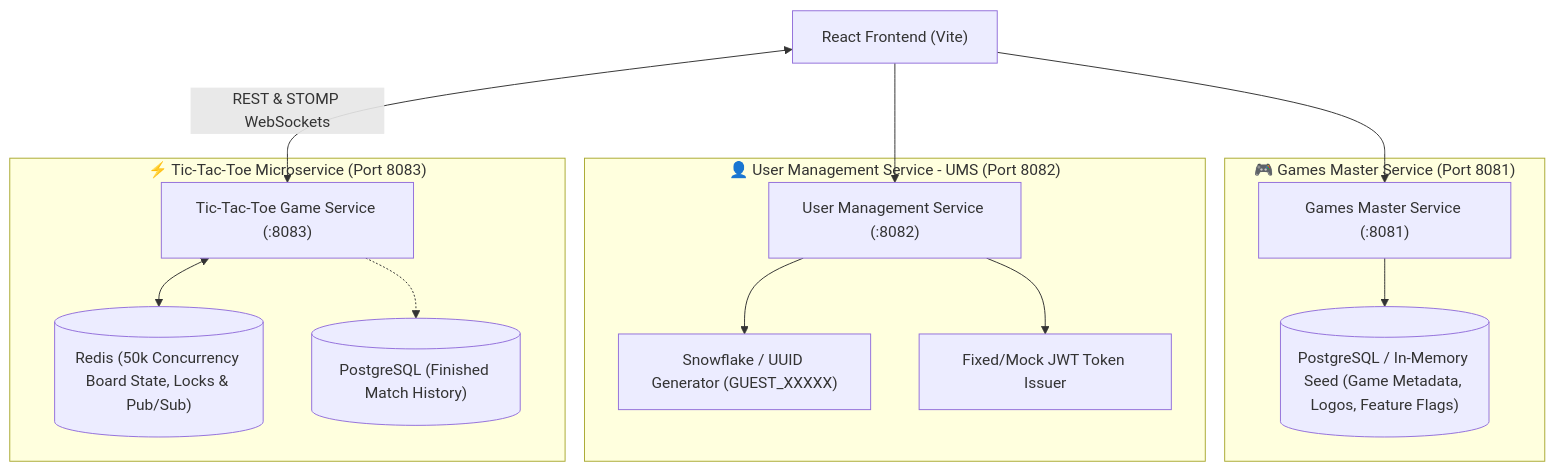
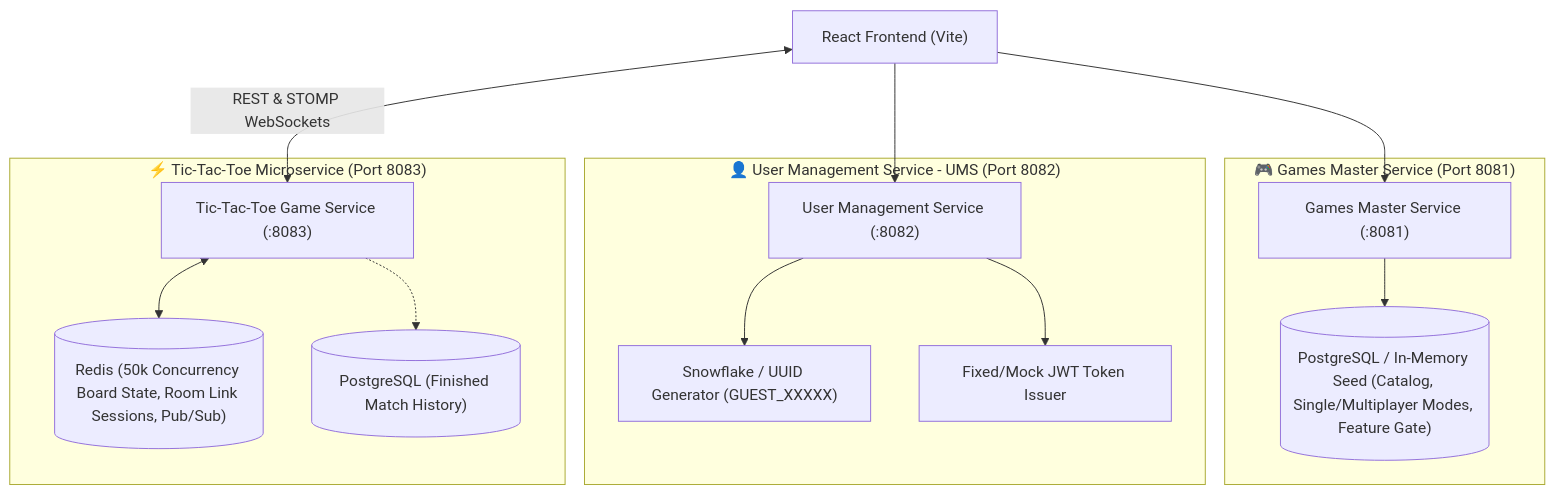
Before and after one commit to bipulkumar64767/officewallahgames: the diagram in rough-discussion/discussion-game-01.md, drawn with Mermaid. The commit also changed other lines of this file and 2 other files, not shown here.

Commit message:
docs(prds): update games catalog with single/multiplayer mode cards and add full room creation + shareable link spec to tictactoe PRD

````diff
--- a/rough-discussion/discussion-game-01.md
+++ b/rough-discussion/discussion-game-01.md
@@ -10,20 +10,20 @@
 ```mermaid
 flowchart TD
     Client["React Frontend (Vite)"] --> MasterAPI["Games Master Service (:8081)"]
     Client --> UMSAPI["User Management Service (:8082)"]
     Client <-->|"REST & STOMP WebSockets"| TicTacToeAPI["Tic-Tac-Toe Game Service (:8083)"]
 
     subgraph MasterService["🎮 Games Master Service (Port 8081)"]
-        MasterAPI --> MasterDB[("PostgreSQL / In-Memory Seed (Game Metadata, Logos, Feature Flags)")]
+        MasterAPI --> MasterDB[("PostgreSQL / In-Memory Seed (Catalog, Single/Multiplayer Modes, Feature Gate)")]
     end
 
     subgraph UserService["👤 User Management Service - UMS (Port 8082)"]
         UMSAPI --> SnowflakeGen["Snowflake / UUID Generator (GUEST_XXXXX)"]
         UMSAPI --> TokenIssuer["Fixed/Mock JWT Token Issuer"]
     end
 
     subgraph GameService["⚡ Tic-Tac-Toe Microservice (Port 8083)"]
-        TicTacToeAPI <--> RedisState[("Redis (50k Concurrency Board State, Locks & Pub/Sub)")]
+        TicTacToeAPI <--> RedisState[("Redis (50k Concurrency Board State, Room Link Sessions, Pub/Sub)")]
         TicTacToeAPI -.-> MatchStore[("PostgreSQL (Finished Match History)")]
     end
 ```
````
